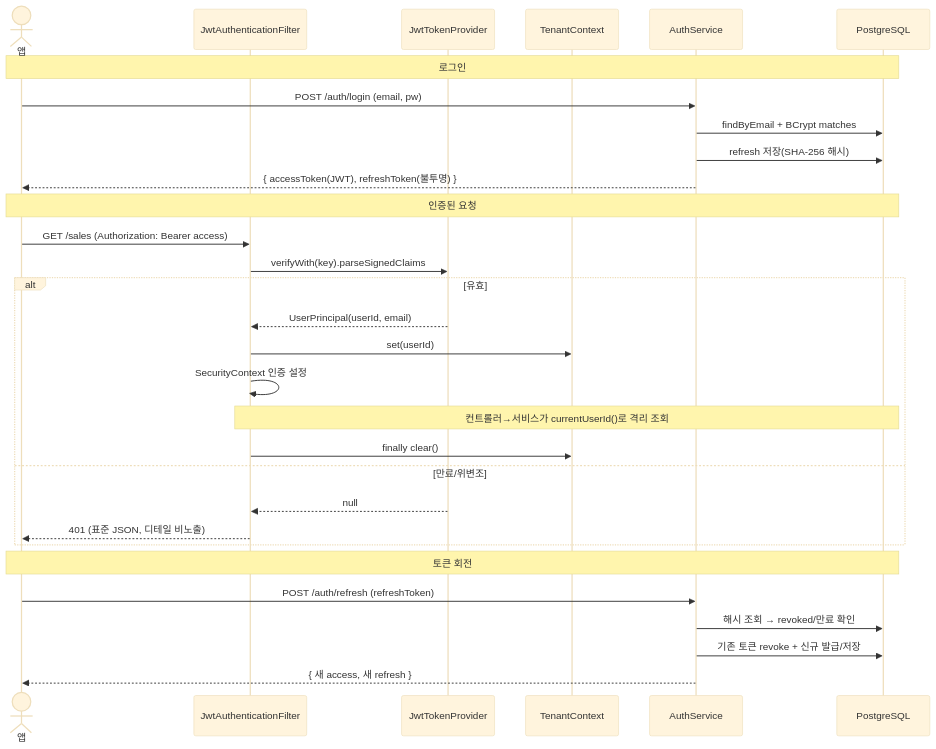
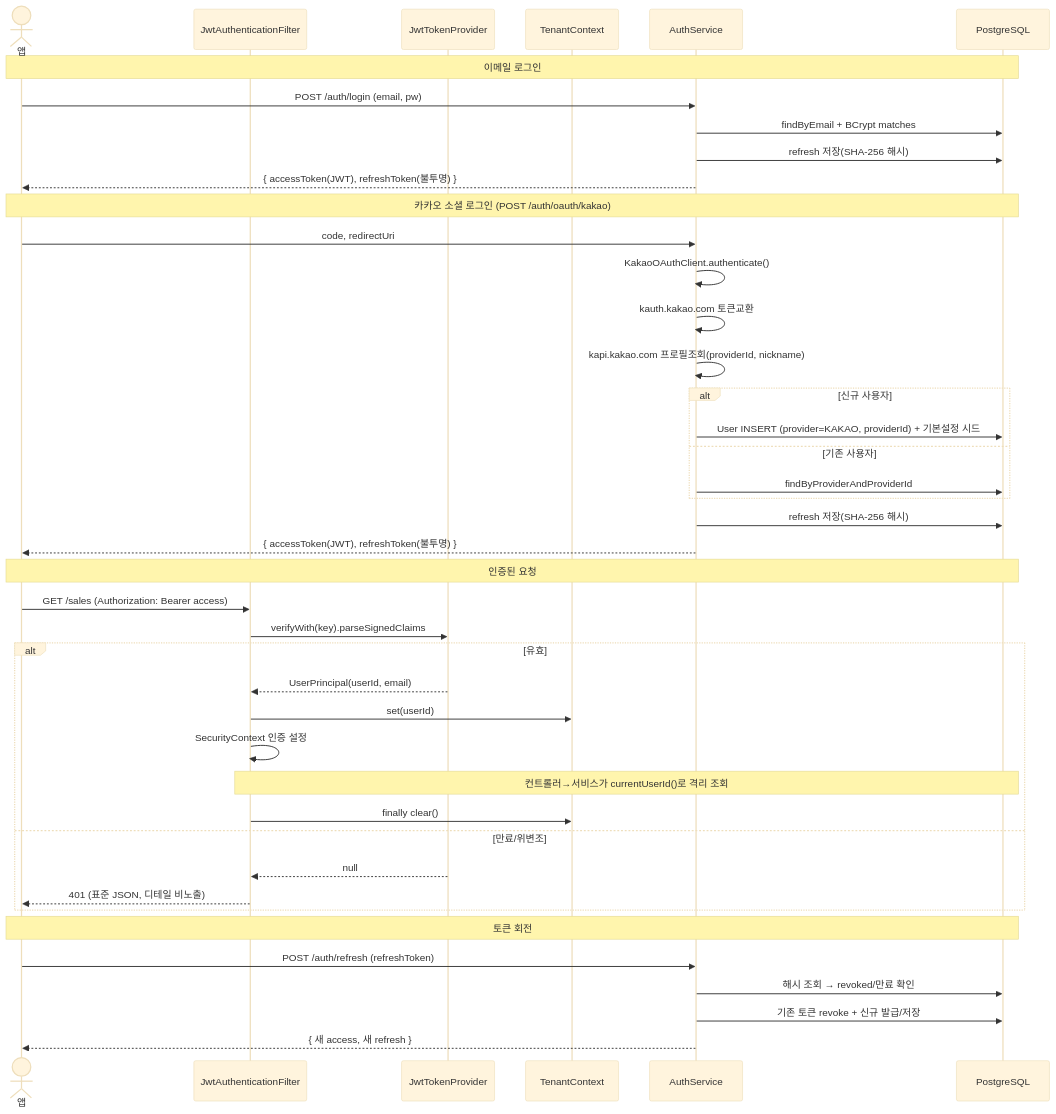
The fourth of 10 diagrams in docs/ARCHITECTURE.md (flori-ai-kr/api), drawn with Mermaid (base theme) before and after one commit. The commit also changed other lines of this file and 22 other files, not shown here.

First line of the commit message:
feat: 카카오 OAuth 소셜 로그인 서버 지원 (SPEC-RN-015) (#2)

````diff
--- a/docs/ARCHITECTURE.md
+++ b/docs/ARCHITECTURE.md
@@ -246,35 +250,48 @@
 ```mermaid
 sequenceDiagram
     actor U as 앱
     participant F as JwtAuthenticationFilter
     participant TP as JwtTokenProvider
     participant TC as TenantContext
     participant AS as AuthService
     participant DB as PostgreSQL
 
-    Note over U,DB: 로그인
+    Note over U,DB: 이메일 로그인
     U->>AS: POST /auth/login (email, pw)
     AS->>DB: findByEmail + BCrypt matches
+    AS->>DB: refresh 저장(SHA-256 해시)
+    AS-->>U: { accessToken(JWT), refreshToken(불투명) }
+
+    Note over U,DB: 카카오 소셜 로그인 (POST /auth/oauth/kakao)
+    U->>AS: code, redirectUri
+    AS->>AS: KakaoOAuthClient.authenticate()
+    AS->>AS: kauth.kakao.com 토큰교환
+    AS->>AS: kapi.kakao.com 프로필조회(providerId, nickname)
+    alt 신규 사용자
+        AS->>DB: User INSERT (provider=KAKAO, providerId) + 기본설정 시드
+    else 기존 사용자
+        AS->>DB: findByProviderAndProviderId
+    end
     AS->>DB: refresh 저장(SHA-256 해시)
     AS-->>U: { accessToken(JWT), refreshToken(불투명) }
 
     Note over U,DB: 인증된 요청
     U->>F: GET /sales (Authorization: Bearer access)
     F->>TP: verifyWith(key).parseSignedClaims
     alt 유효
         TP-->>F: UserPrincipal(userId, email)
         F->>TC: set(userId)
         F->>F: SecurityContext 인증 설정
         Note over F,DB: 컨트롤러→서비스가 currentUserId()로 격리 조회
         F->>TC: finally clear()
     else 만료/위변조
         TP-->>F: null
         F-->>U: 401 (표준 JSON, 디테일 비노출)
     end
 
     Note over U,DB: 토큰 회전
     U->>AS: POST /auth/refresh (refreshToken)
     AS->>DB: 해시 조회 → revoked/만료 확인
     AS->>DB: 기존 토큰 revoke + 신규 발급/저장
     AS-->>U: { 새 access, 새 refresh }
 ```
````
